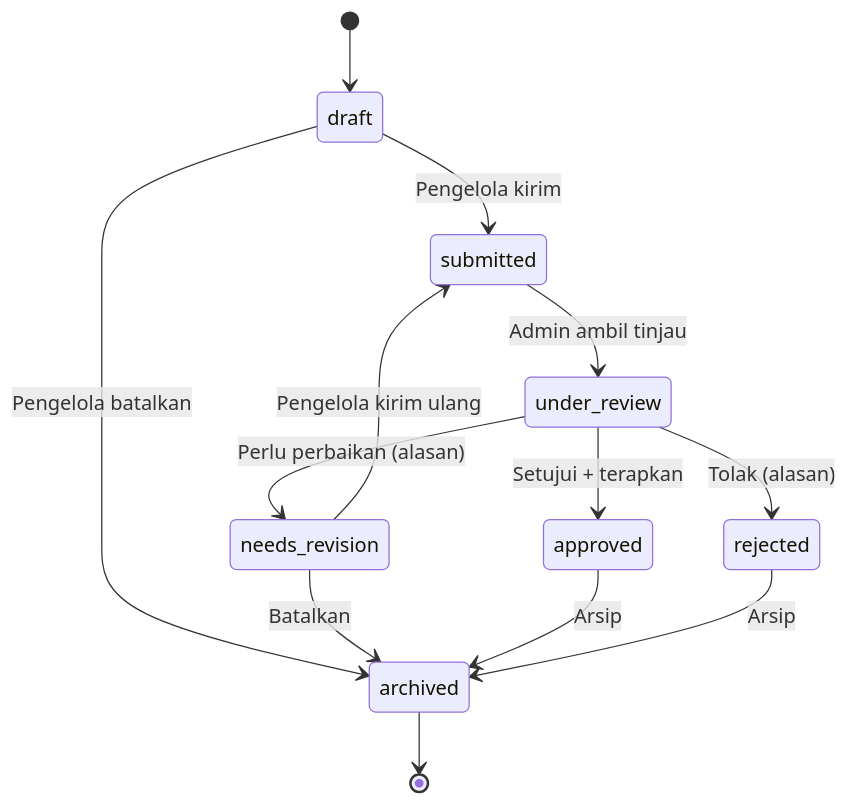
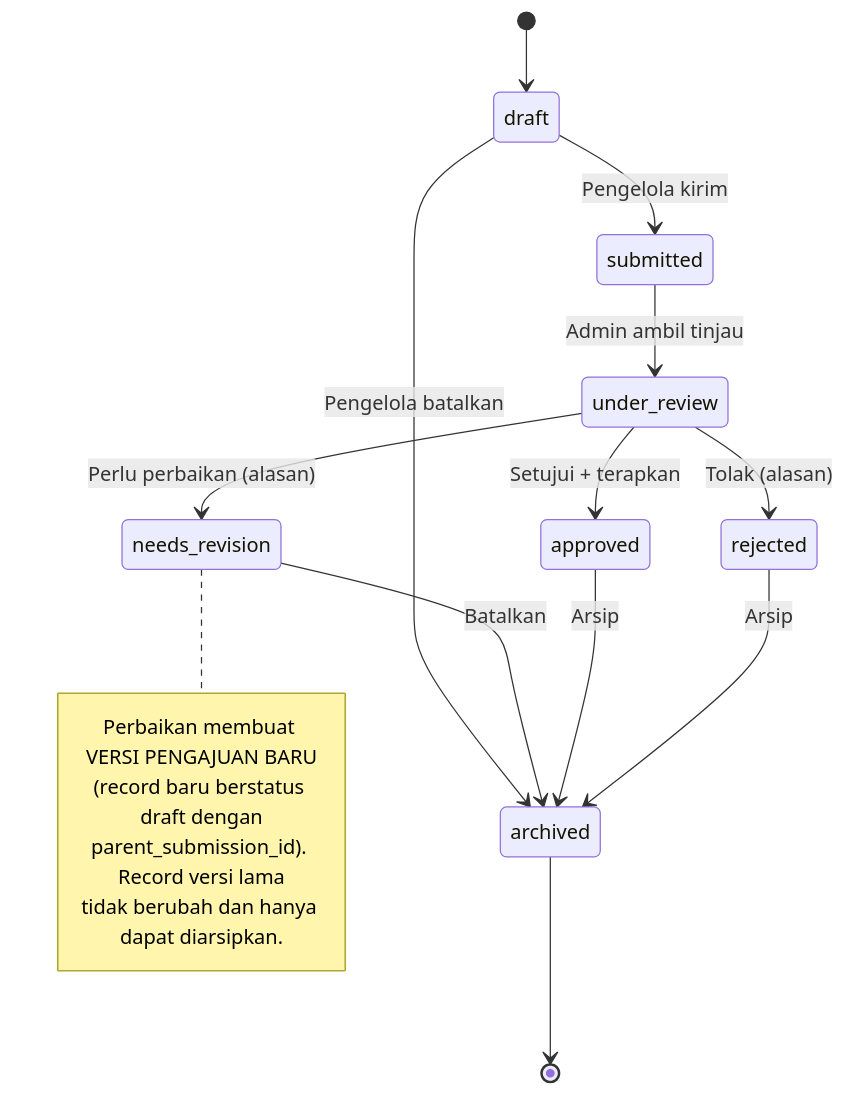
One commit to Aryaaa777/kp changed the first of 2 diagrams in docs/PRD.md. Above: the diagram before and after it, drawn with Mermaid. The commit also changed other lines of this file and 170 other files, not shown here.

````diff
--- a/docs/PRD.md
+++ b/docs/PRD.md
@@ -823,15 +828,21 @@
 ```mermaid
 stateDiagram-v2
     [*] --> draft
     draft --> submitted: Pengelola kirim
     draft --> archived: Pengelola batalkan
     submitted --> under_review: Admin ambil tinjau
     under_review --> needs_revision: Perlu perbaikan (alasan)
     under_review --> rejected: Tolak (alasan)
     under_review --> approved: Setujui + terapkan
-    needs_revision --> submitted: Pengelola kirim ulang
     needs_revision --> archived: Batalkan
     approved --> archived: Arsip
     rejected --> archived: Arsip
     archived --> [*]
+
+    note right of needs_revision
+        Perbaikan membuat VERSI PENGAJUAN BARU
+        (record baru berstatus draft dengan
+        parent_submission_id). Record versi lama
+        tidak berubah dan hanya dapat diarsipkan.
+    end note
 ```
````
